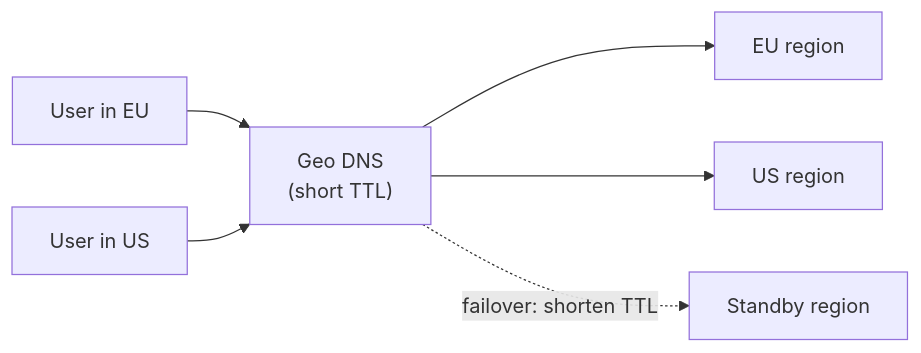
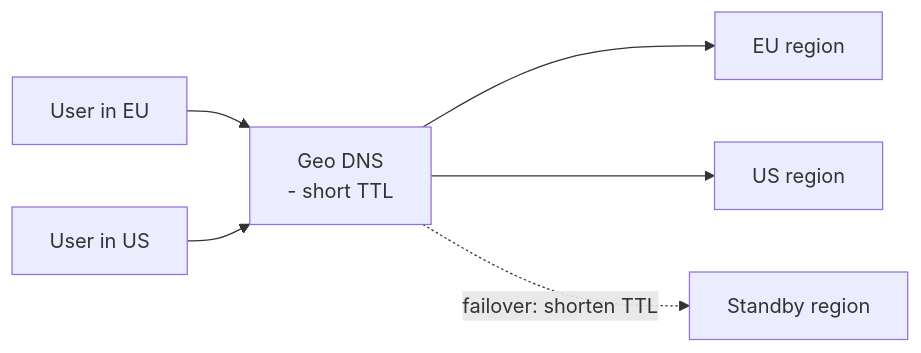
The first of 2 diagrams in docs/02-core-components/00-dns-proxies.md (RIT-MESH/system-design-mastery), drawn with Mermaid before and after one commit. The commit also changed 139 other files, not shown here.

First line of the commit message:
Fix Mermaid parse errors: replace parentheses in node labels across 140 files

````diff
--- a/docs/02-core-components/00-dns-proxies.md
+++ b/docs/02-core-components/00-dns-proxies.md
@@ -16,9 +16,9 @@
 ```mermaid
 %% created-for: system-design-mastery
 flowchart LR
-  U["User in EU"] --> DNS["Geo DNS<br/>(short TTL)"]
+  U["User in EU"] --> DNS["Geo DNS<br/> - short TTL"]
   DNS --> EU["EU region"]
   U2["User in US"] --> DNS
   DNS --> US["US region"]
   DNS -.failover: shorten TTL.-> DR["Standby region"]
 ```
````
